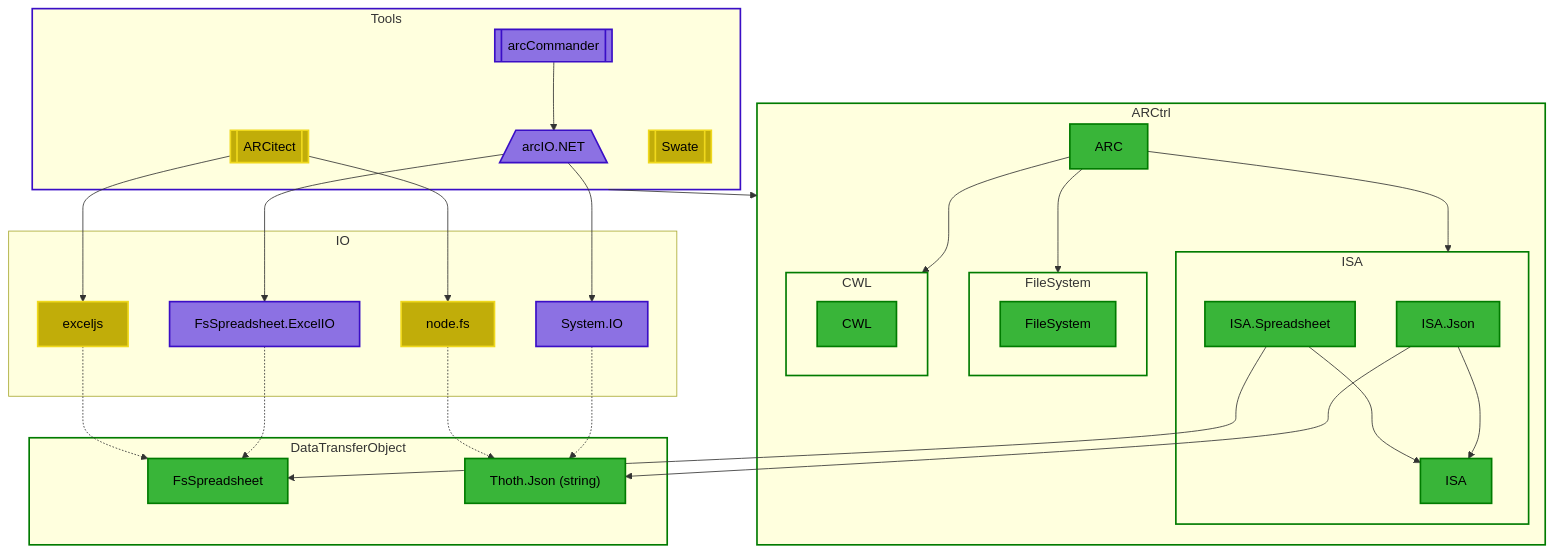
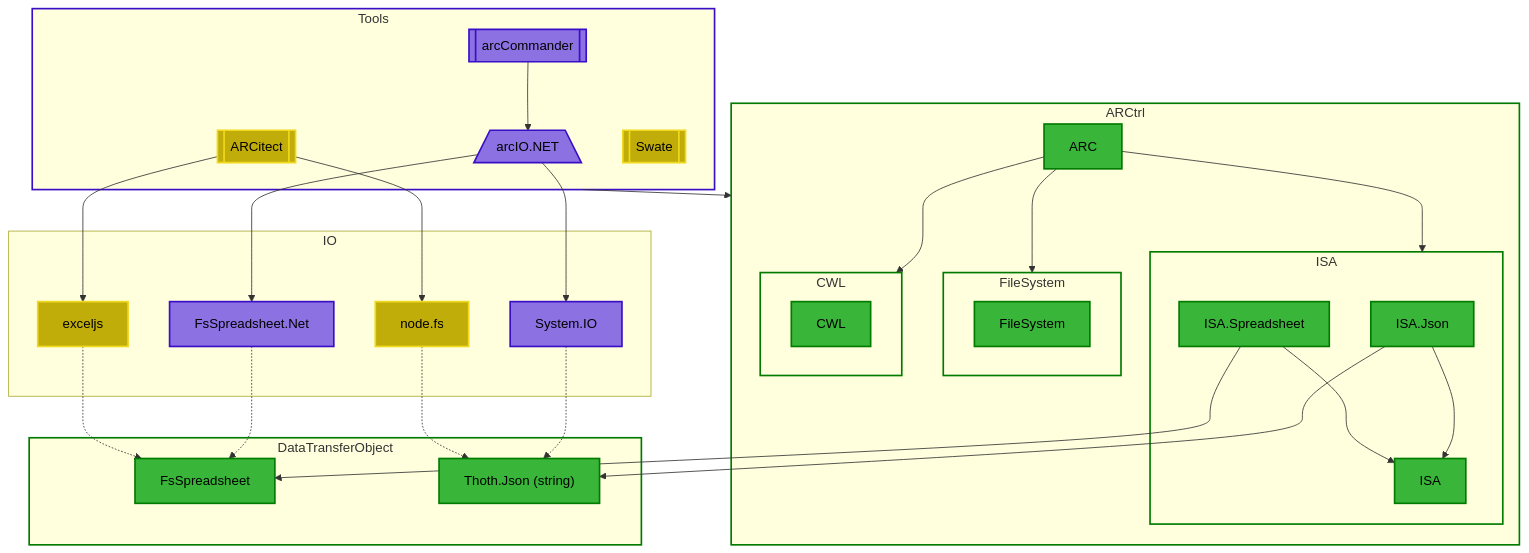
Before and after one commit to nfdi4plants/ARCtrl: the sixth of 7 diagrams in docs/DesignPrinciples.md, drawn with Mermaid. The commit also changed other lines of this file and 15 other files, not shown here.

```diff
--- a/docs/DesignPrinciples.md
+++ b/docs/DesignPrinciples.md
@@ -431,7 +431,7 @@
 
 subgraph IO
     node[node.fs]   
-    fsspreadx[FsSpreadsheet.ExcelIO]   
+    fsspreadx[FsSpreadsheet.Net]   
     excelJS[exceljs]
     systemio[System.IO]
 end
```
